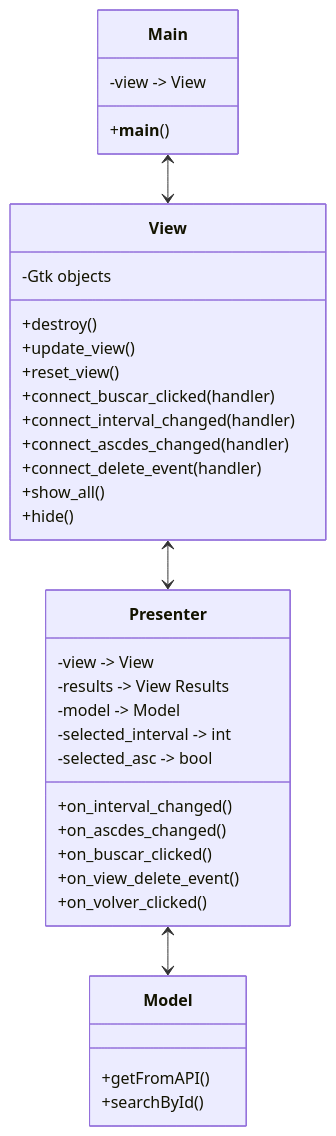
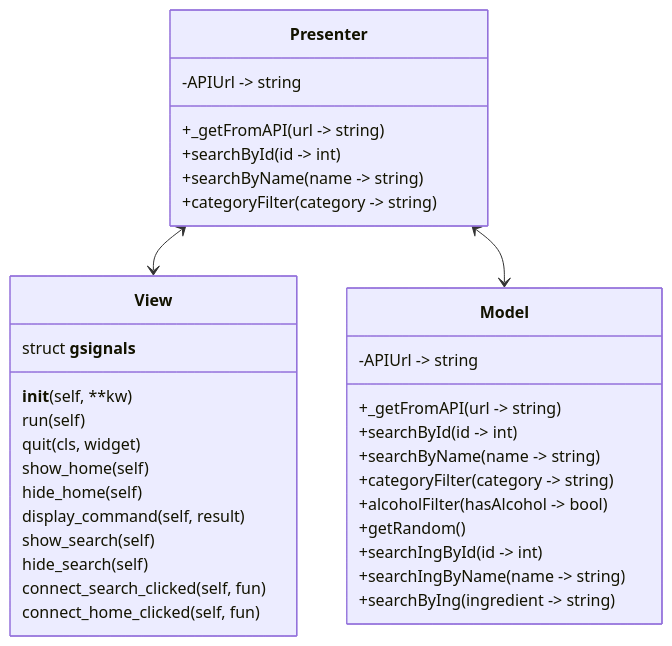
Before and after one commit to braisf03/IPM: the first of 2 diagrams in diseño-sw.md, drawn with Mermaid.

````diff
--- a/diseño-sw.md
+++ b/diseño-sw.md
@@ -7,40 +7,37 @@
 ```mermaid
 classDiagram
-    Main <--> View
-    View <--> Presenter
+    Presenter <--> View
     Presenter <--> Model
-
-    class Main
-    Main: -view -> View
-    Main: +__main__()
-
-    class View
-    View : -Gtk objects
-    View : +destroy()
-    View : +update_view()
-    View : +reset_view()
-    View : +connect_buscar_clicked(handler)
-    View : +connect_interval_changed(handler)
-    View : +connect_ascdes_changed(handler)
-    View : +connect_delete_event(handler)
-    View : +show_all()
-    View : +hide()
-
-    class Presenter
-    Presenter : -view -> View
-    Presenter : -results -> View Results
-    Presenter : -model -> Model
-    Presenter : -selected_interval -> int
-    Presenter : -selected_asc -> bool
-    Presenter : +on_interval_changed()
-    Presenter : +on_ascdes_changed()
-    Presenter : +on_buscar_clicked()
-    Presenter : +on_view_delete_event()
-    Presenter : +on_volver_clicked()
-
-    class Model
-    Model : +getFromAPI()
-    Model : +searchById()
-
-
+    Presenter : -APIUrl -> string
+    Presenter : +_getFromAPI(url -> string)
+    Presenter : +searchById(id -> int)
+    Presenter : +searchByName(name -> string)
+    Presenter : +categoryFilter(category -> string)
+    Presenter : 
+    class View{
+      struct __gsignals__
+      __init__(self, **kw)
+      run(self)
+      quit(cls, widget)
+      show_home(self)
+      hide_home(self)
+      display_command(self, result)
+      show_search(self)
+      hide_search(self)
+      connect_search_clicked(self, fun)
+      connect_home_clicked(self, fun)
+}
+    class Model{
+     -APIUrl -> string
+     +_getFromAPI(url -> string)
+     +searchById(id -> int)
+     +searchByName(name -> string)
+     +categoryFilter(category -> string)
+     +alcoholFilter(hasAlcohol -> bool)
+     +getRandom()
+     +searchIngById(id -> int)
+     +searchIngByName(name -> string)
+     +searchByIng(ingredient -> string)
+    
+}
 ```
````
